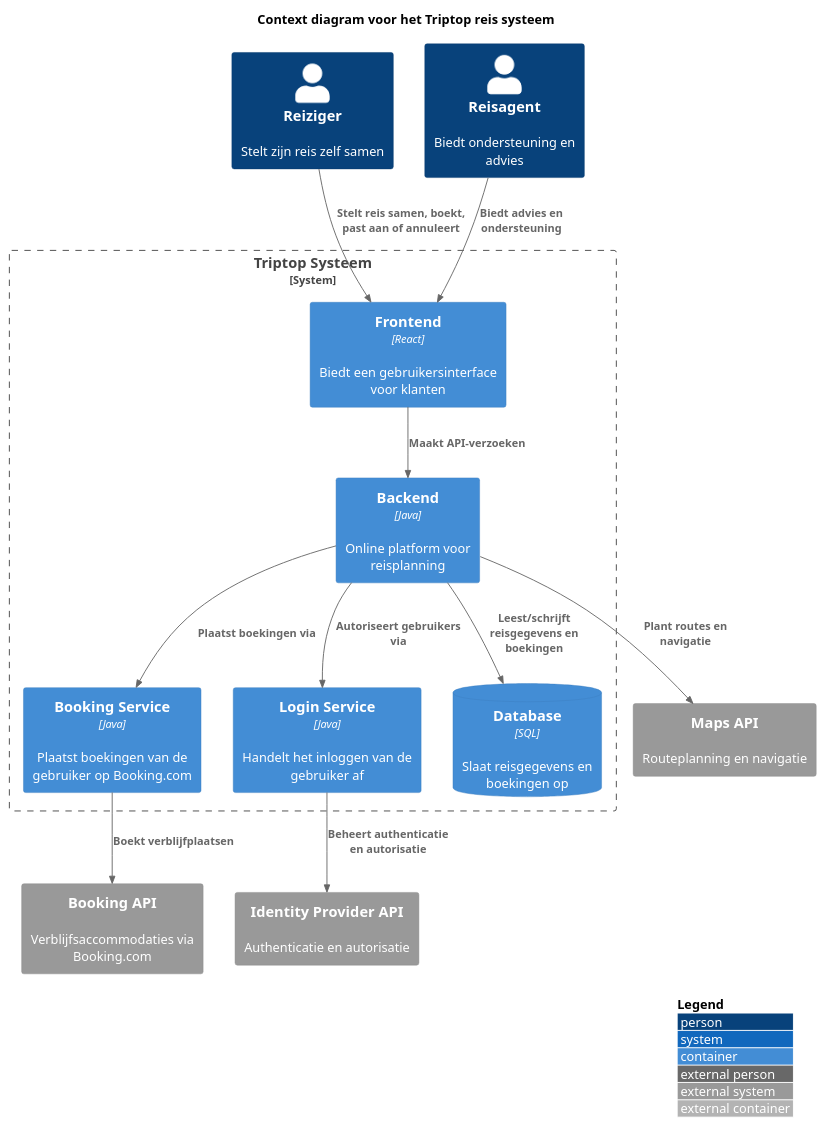
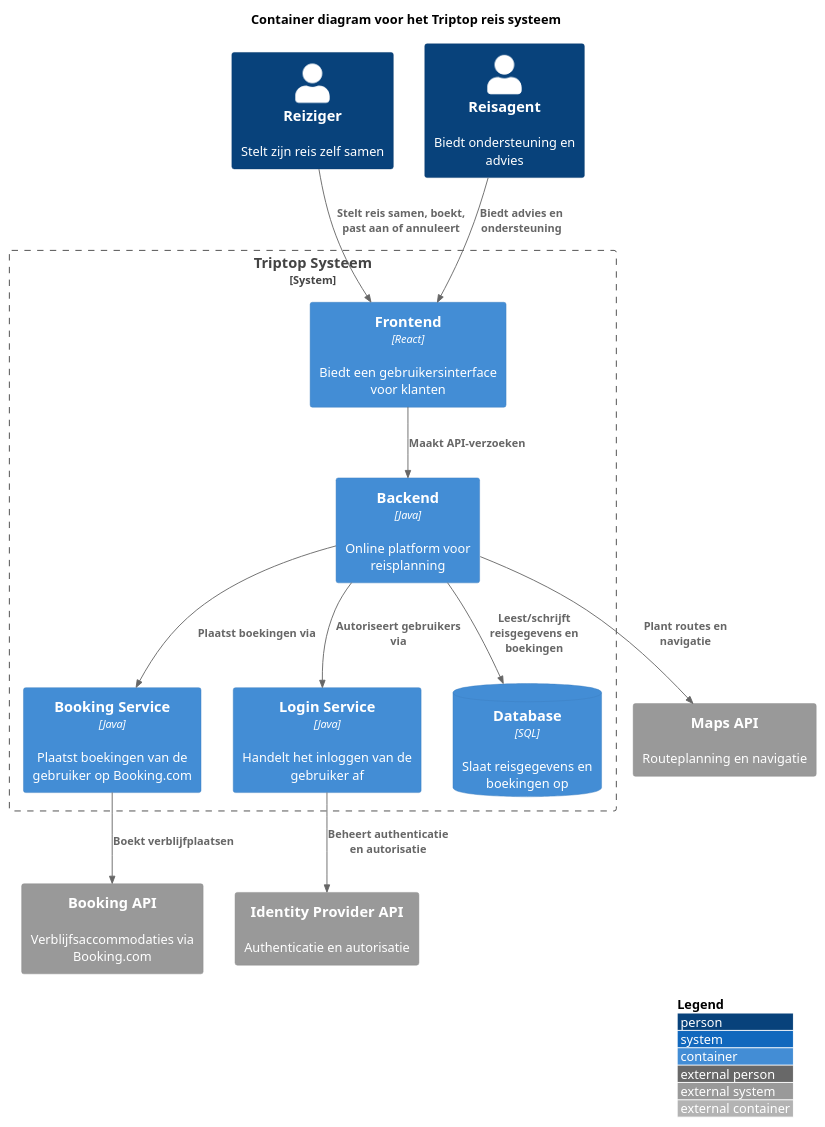
The diagram in opdracht-diagrammen/les3/individueel-container-driagram.puml (AIM-ENE-feb25/triptop-groep-b3), drawn with PlantUML before and after one commit. The commit also changed 1 other file, not shown here.

Commit message:
aanpassingen aan container diagram

```diff
--- a/opdracht-diagrammen/les3/individueel-container-driagram.puml
+++ b/opdracht-diagrammen/les3/individueel-container-driagram.puml
@@ -1,35 +1,35 @@
 @startuml
 !include <C4/C4>
 !include <C4/C4_Context>
 !include <C4/C4_Container>
 
 LAYOUT_WITH_LEGEND()
 
-title Context diagram voor het Triptop reis systeem
+title Container diagram voor het Triptop reis systeem
 
 Person(reiziger, "Reiziger", "Stelt zijn reis zelf samen")
 Person(reisagent, "Reisagent", "Biedt ondersteuning en advies")
 
 System_Boundary(triptop, "Triptop Systeem") {
     Container(frontend, "Frontend", "React","Biedt een gebruikersinterface voor klanten")
     Container(backend, "Backend", "Java", "Online platform voor reisplanning")
     Container(bookings, "Booking Service", "Java", "Plaatst boekingen van de gebruiker op Booking.com")
     Container(login, "Login Service", "Java", "Handelt het inloggen van de gebruiker af")
     ContainerDb(database, "Database", "SQL", "Slaat reisgegevens en boekingen op")
 }
 
 System_Ext(bookingAPI, "Booking API", "Verblijfsaccommodaties via Booking.com")
 System_Ext(MapsAPI, "Maps API", "Routeplanning en navigatie")
 System_Ext(identityProviderAPI, "Identity Provider API", "Authenticatie en autorisatie")
 
 Rel(reiziger, frontend, "Stelt reis samen, boekt, past aan of annuleert")
 Rel(reisagent, frontend, "Biedt advies en ondersteuning")
 Rel(frontend, backend, "Maakt API-verzoeken")
 Rel(backend, database, "Leest/schrijft reisgegevens en boekingen")
 Rel(bookings, bookingAPI, "Boekt verblijfplaatsen")
 Rel(backend, MapsAPI, "Plant routes en navigatie")
 Rel(login, identityProviderAPI, "Beheert authenticatie en autorisatie")
 Rel(backend, bookings, "Plaatst boekingen via")
 Rel(backend, login, "Autoriseert gebruikers via")
 
 @enduml
```
